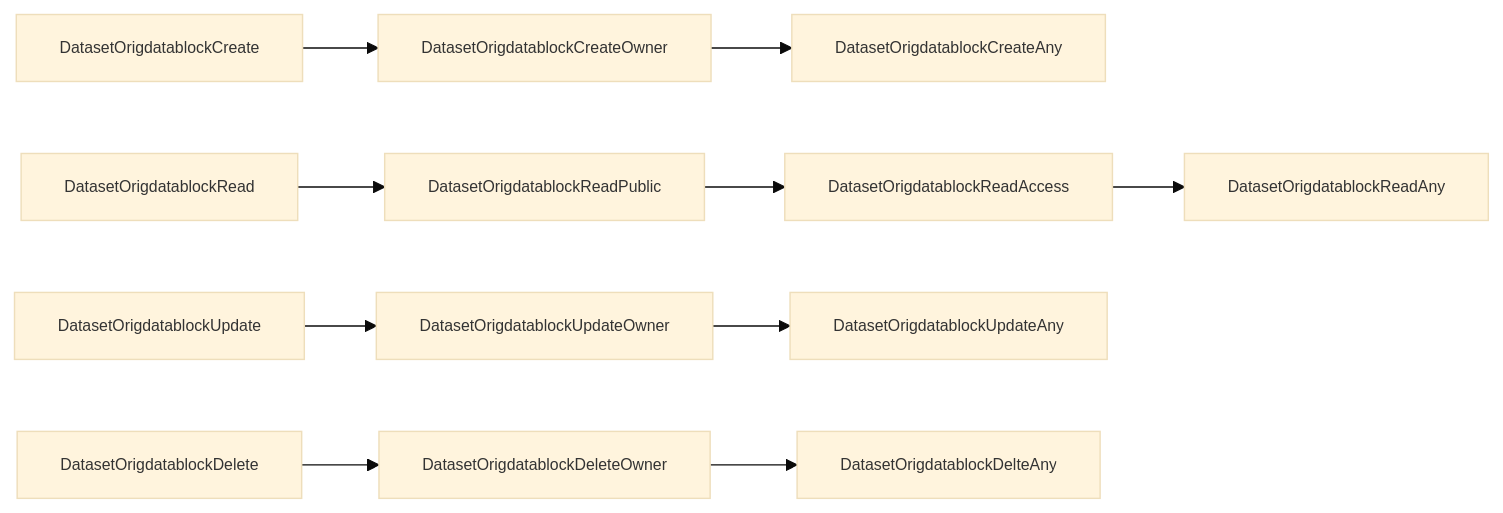
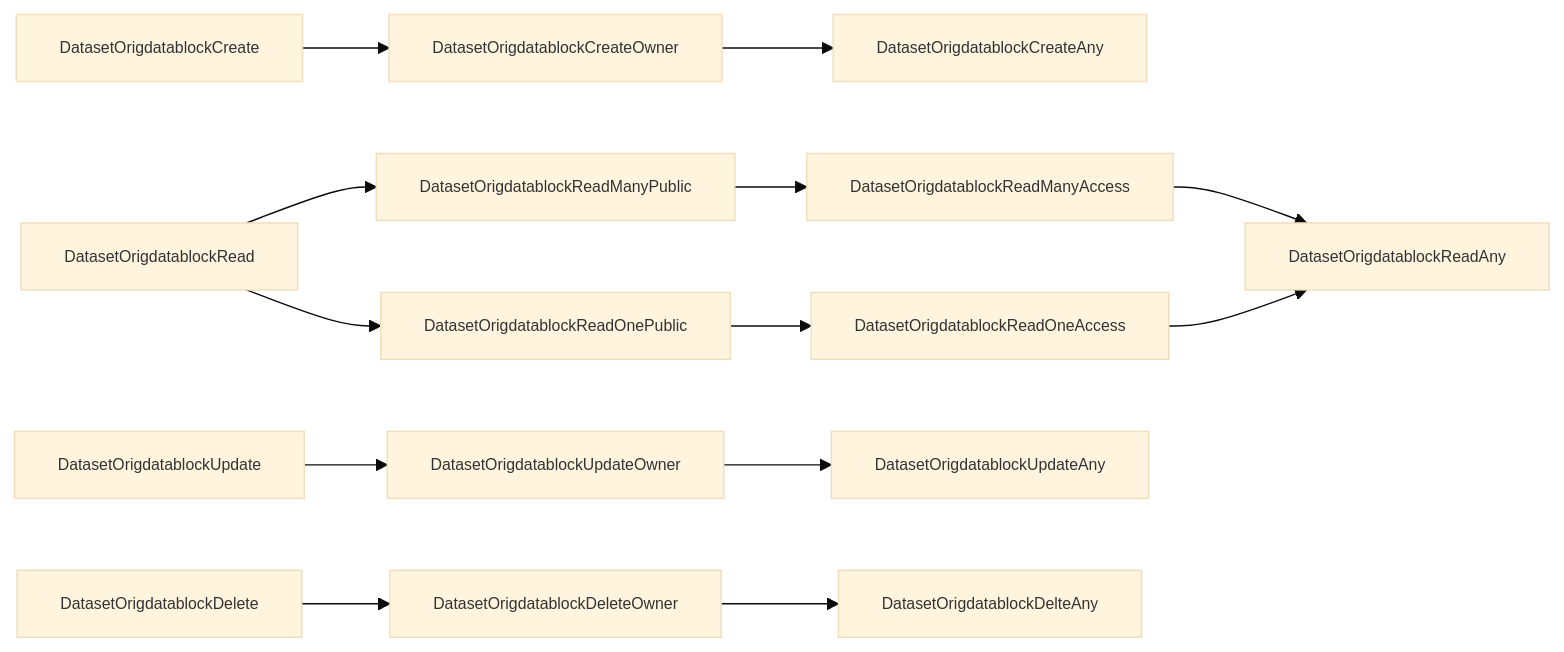
The diagram in Development/v4.x/backend/authorization/authorization_origdatablocks.md (SciCatProject/documentation), drawn with Mermaid before and after one commit. The commit also changed other lines of this file and 2 other files, not shown here.

````diff
--- a/Development/v4.x/backend/authorization/authorization_origdatablocks.md
+++ b/Development/v4.x/backend/authorization/authorization_origdatablocks.md
@@ -22,13 +25,16 @@
 ```mermaid
 %%{init: {'theme' : 'base', 'themeVariables': { 'fontSize': '11px', 'fontFamily' : 'monospace'}}}%%
 graph LR;
     DatasetOrigdatablockCreate-->DatasetOrigdatablockCreateOwner;
     DatasetOrigdatablockCreateOwner-->DatasetOrigdatablockCreateAny;
-    DatasetOrigdatablockRead-->DatasetOrigdatablockReadPublic;
-    DatasetOrigdatablockReadPublic-->DatasetOrigdatablockReadAccess;
-    DatasetOrigdatablockReadAccess-->DatasetOrigdatablockReadAny;
+    DatasetOrigdatablockRead-->DatasetOrigdatablockReadManyPublic;
+    DatasetOrigdatablockReadManyPublic-->DatasetOrigdatablockReadManyAccess;
+    DatasetOrigdatablockReadManyAccess-->DatasetOrigdatablockReadAny;
+    DatasetOrigdatablockRead-->DatasetOrigdatablockReadOnePublic;
+    DatasetOrigdatablockReadOnePublic-->DatasetOrigdatablockReadOneAccess;
+    DatasetOrigdatablockReadOneAccess-->DatasetOrigdatablockReadAny;
     DatasetOrigdatablockUpdate-->DatasetOrigdatablockUpdateOwner;
     DatasetOrigdatablockUpdateOwner-->DatasetOrigdatablockUpdateAny;
     DatasetOrigdatablockDelete-->DatasetOrigdatablockDeleteOwner;
     DatasetOrigdatablockDeleteOwner-->DatasetOrigdatablockDelteAny;
 ```
````
